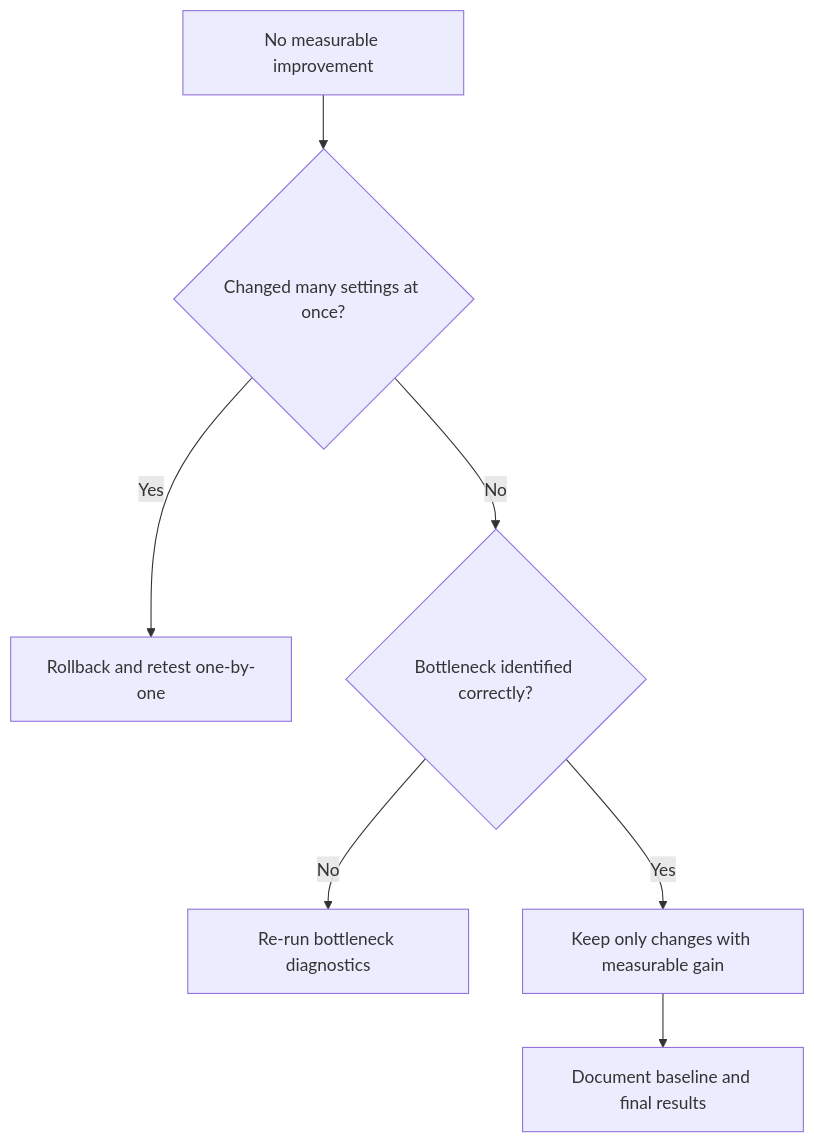
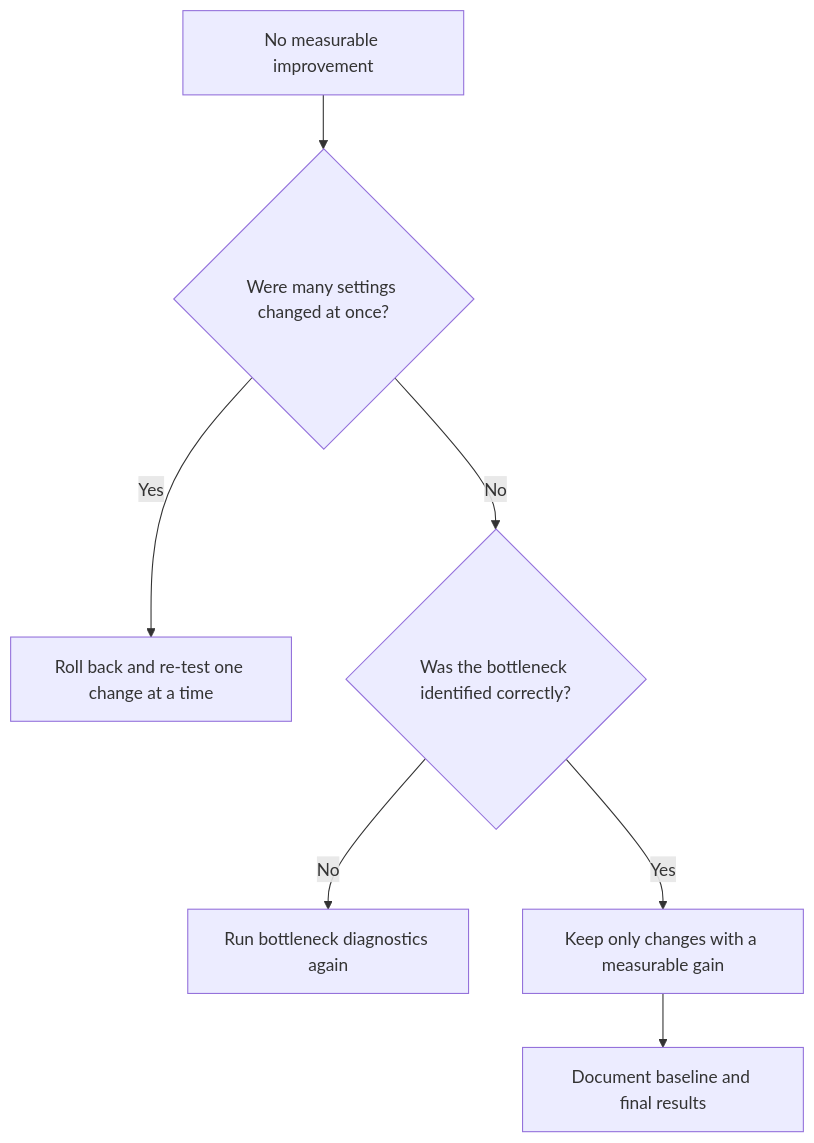
The fifth of 5 diagrams in docs/15-troubleshooting-decision-trees.md (h4zvenn/gaming-pc-guide), drawn with Mermaid before and after one commit. The commit also changed other lines of this file, not shown here.

````diff
--- a/docs/15-troubleshooting-decision-trees.md
+++ b/docs/15-troubleshooting-decision-trees.md
@@ -129,9 +119,9 @@
 ```mermaid
 flowchart TD
-    A[No measurable improvement] --> B{Changed many settings at once?}
-    B -- Yes --> C[Rollback and retest one-by-one]
-    B -- No --> D{Bottleneck identified correctly?}
-    D -- No --> E[Re-run bottleneck diagnostics]
-    D -- Yes --> F[Keep only changes with measurable gain]
+    A[No measurable improvement] --> B{Were many settings changed at once?}
+    B -- Yes --> C[Roll back and re-test one change at a time]
+    B -- No --> D{Was the bottleneck identified correctly?}
+    D -- No --> E[Run bottleneck diagnostics again]
+    D -- Yes --> F[Keep only changes with a measurable gain]
     F --> G[Document baseline and final results]
 ```
````
